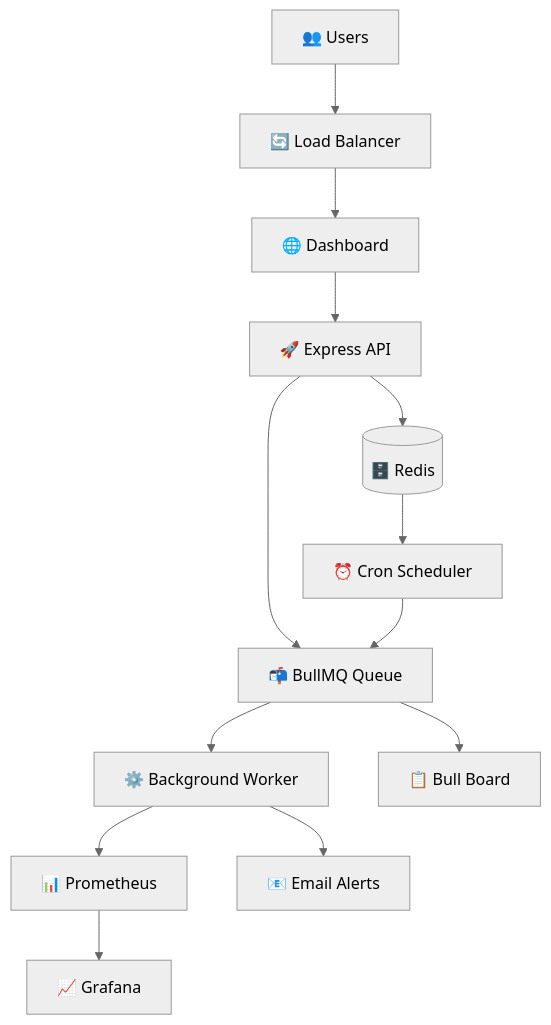
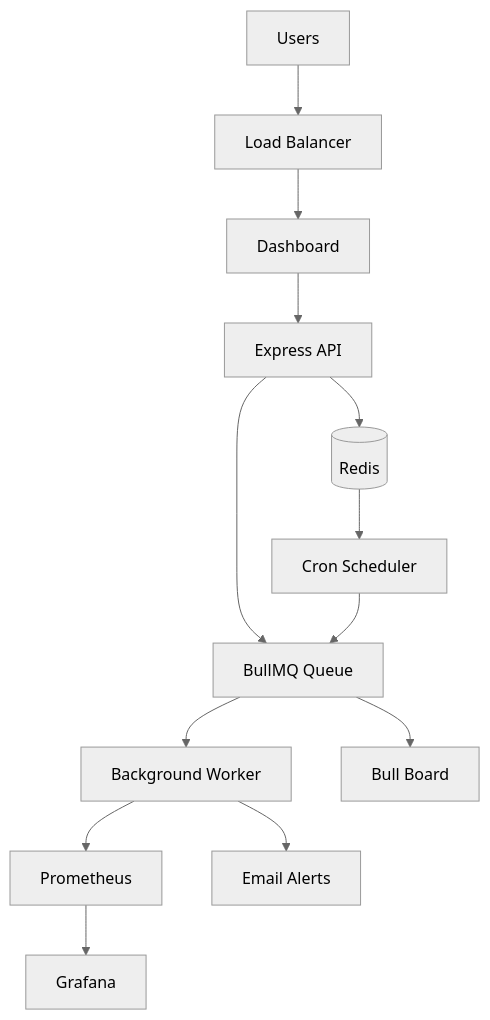
The diagram in README.md (BitGladiator/url-health-checker-pipeline), drawn with Mermaid (neutral theme) before and after one commit. The commit also changed other lines of this file, not shown here.

````diff
--- a/README.md
+++ b/README.md
@@ -63,19 +63,19 @@
 ```mermaid
 graph TB
-    Users[👥 Users] --> LB[🔄 Load Balancer]
-    LB --> Frontend[🌐 Dashboard]
-    Frontend --> API[🚀 Express API]
+    Users[Users] --> LB[Load Balancer]
+    LB --> Frontend[Dashboard]
+    Frontend --> API[Express API]
     
-    API --> Queue[📬 BullMQ Queue]
-    API --> Redis[(🗄️ Redis)]
+    API --> Queue[BullMQ Queue]
+    API --> Redis[(Redis)]
     
-    Queue --> Worker[⚙️ Background Worker]
-    Redis --> Cron[⏰ Cron Scheduler]
+    Queue --> Worker[Background Worker]
+    Redis --> Cron[Cron Scheduler]
     Cron --> Queue
     
-    Worker --> Metrics[📊 Prometheus]
-    Worker --> Alerts[📧 Email Alerts]
+    Worker --> Metrics[Prometheus]
+    Worker --> Alerts[Email Alerts]
     
-    Metrics --> Grafana[📈 Grafana]
-    Queue --> BullBoard[📋 Bull Board]
+    Metrics --> Grafana[Grafana]
+    Queue --> BullBoard[Bull Board]
 ```
````
